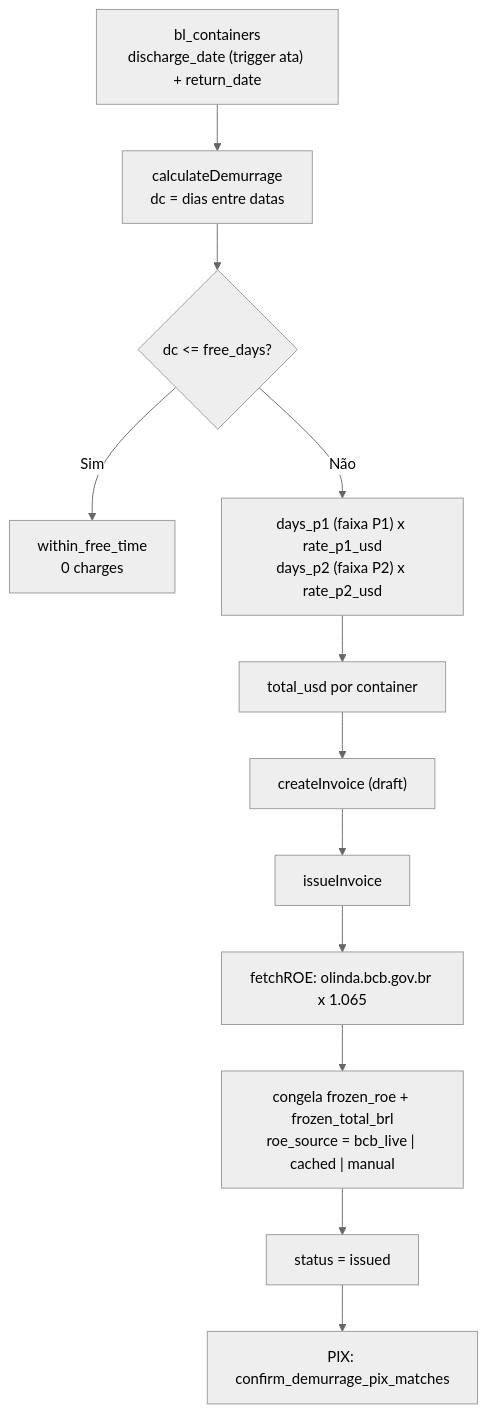
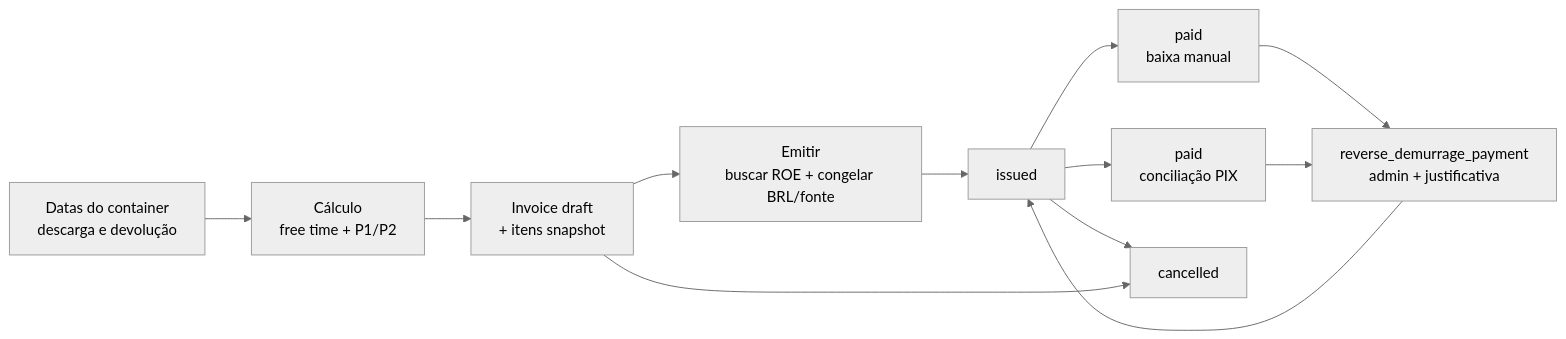
The diagram in docs/modules/demurrage.md (luccafwlog/transhippingdesk), drawn with Mermaid (neutral theme) before and after one commit. The commit also changed other lines of this file and 1 other file, not shown here.

Commit message:
docs: map demurrage and granite

````diff
--- a/docs/modules/demurrage.md
+++ b/docs/modules/demurrage.md
@@ -13,14 +146,14 @@
 ```mermaid
-graph TD
-    A["bl_containers<br/>discharge_date (trigger ata) + return_date"] --> B["calculateDemurrage<br/>dc = dias entre datas"]
-    B --> C{"dc <= free_days?"}
-    C -->|Sim| D["within_free_time<br/>0 charges"]
-    C -->|Não| E["days_p1 (faixa P1) x rate_p1_usd<br/>days_p2 (faixa P2) x rate_p2_usd"]
-    E --> F["total_usd por container"]
-    F --> G["createInvoice (draft)"]
-    G --> H["issueInvoice"]
-    H --> I["fetchROE: olinda.bcb.gov.br x 1.065"]
-    I --> J["congela frozen_roe + frozen_total_brl<br/>roe_source = bcb_live | cached | manual"]
-    J --> K["status = issued"]
-    K --> L["PIX: confirm_demurrage_pix_matches"]
+flowchart LR
+    Dates["Datas do container<br/>descarga e devolução"] --> Calc["Cálculo<br/>free time + P1/P2"]
+    Calc --> Draft["Invoice draft<br/>+ itens snapshot"]
+    Draft --> Freeze["Emitir<br/>buscar ROE + congelar BRL/fonte"]
+    Freeze --> Issued["issued"]
+    Issued --> Manual["paid<br/>baixa manual"]
+    Issued --> Pix["paid<br/>conciliação PIX"]
+    Issued --> Cancelled["cancelled"]
+    Draft --> Cancelled
+    Manual --> Reverse["reverse_demurrage_payment<br/>admin + justificativa"]
+    Pix --> Reverse
+    Reverse --> Issued
 ```
````
